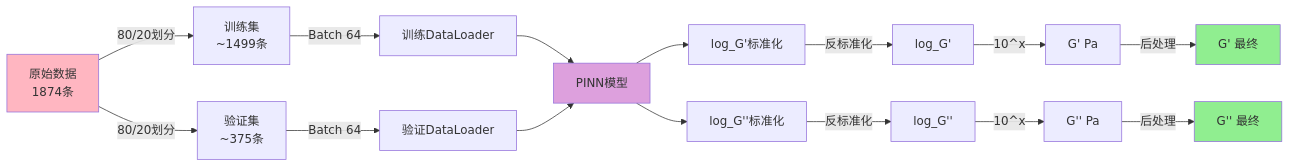
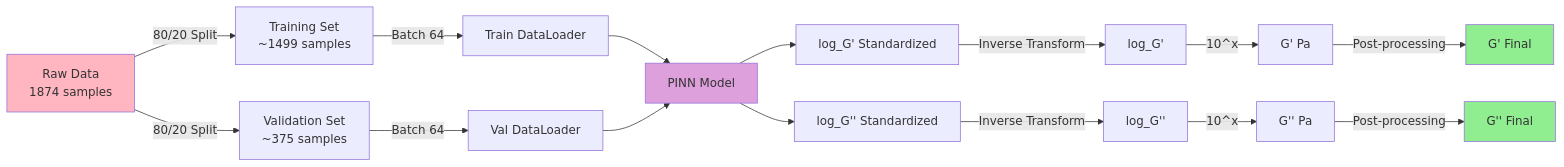
One commit to Prcmise/PB_Rheo changed the eighth of 10 diagrams in 流程图_PINN_Rheology_Prediction.md. Above: the diagram before and after it, drawn with Mermaid. The commit also changed other lines of this file, not shown here.

Commit message:
Translate and update PINN rheology prediction documentation

````diff
--- a/流程图_PINN_Rheology_Prediction.md
+++ b/流程图_PINN_Rheology_Prediction.md
@@ -356,28 +356,28 @@
 ```mermaid
 flowchart LR
-    Raw[原始数据<br/>1874条] --> |80/20划分| Train[训练集<br/>~1499条]
-    Raw --> |80/20划分| Val[验证集<br/>~375条]
+    Raw[Raw Data<br/>1874 samples] --> |80/20 Split| Train[Training Set<br/>~1499 samples]
+    Raw --> |80/20 Split| Val[Validation Set<br/>~375 samples]
     
-    Train --> |Batch 64| TrainLoader[训练DataLoader]
-    Val --> |Batch 64| ValLoader[验证DataLoader]
+    Train --> |Batch 64| TrainLoader[Train DataLoader]
+    Val --> |Batch 64| ValLoader[Val DataLoader]
     
-    TrainLoader --> Model[PINN模型]
+    TrainLoader --> Model[PINN Model]
     ValLoader --> Model
     
-    Model --> Pred1[log_G'标准化]
-    Model --> Pred2[log_G''标准化]
+    Model --> Pred1[log_G' Standardized]
+    Model --> Pred2[log_G'' Standardized]
     
-    Pred1 --> |反标准化| G1_log[log_G']
-    Pred2 --> |反标准化| G2_log[log_G'']
+    Pred1 --> |Inverse Transform| G1_log[log_G']
+    Pred2 --> |Inverse Transform| G2_log[log_G'']
     
     G1_log --> |10^x| G1[G' Pa]
     G2_log --> |10^x| G2[G'' Pa]
     
-    G1 --> |后处理| G1_final[G' 最终]
-    G2 --> |后处理| G2_final[G'' 最终]
+    G1 --> |Post-processing| G1_final[G' Final]
+    G2 --> |Post-processing| G2_final[G'' Final]
     
     style Raw fill:#FFB6C1
     style Model fill:#DDA0DD
     style G1_final fill:#90EE90
     style G2_final fill:#90EE90
 ```
````
